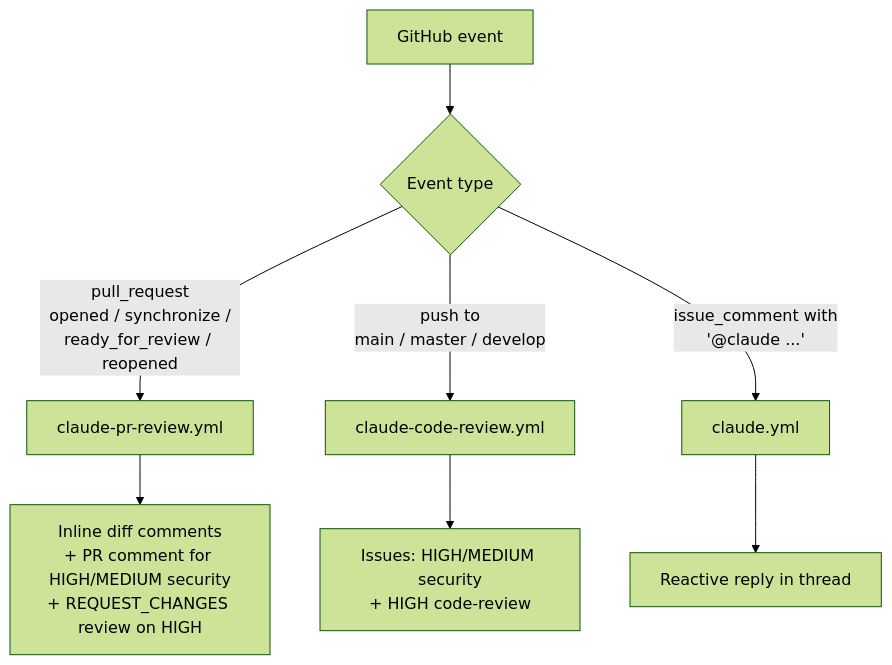
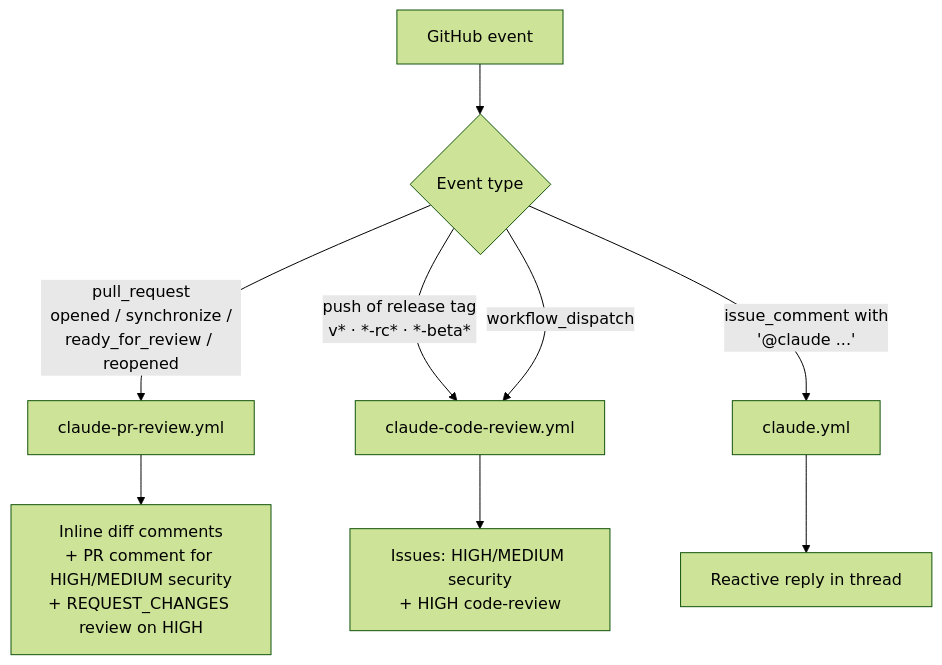
The first of 5 diagrams in .github/README.md (fibaneza/llm-usage-lens), drawn with Mermaid (forest theme) before and after one commit. The commit also changed other lines of this file and 1 other file, not shown here.

First line of the commit message:
docs: update README with GitHub Flow, release-tag audit, branch protection

````diff
--- a/.github/README.md
+++ b/.github/README.md
@@ -50,10 +92,11 @@
 ```mermaid
 flowchart TD
     A[GitHub event] --> B{Event type}
     B -->|pull_request<br/>opened / synchronize /<br/>ready_for_review / reopened| PR[claude-pr-review.yml]
-    B -->|push to<br/>main / master / develop| PM[claude-code-review.yml]
+    B -->|push of release tag<br/>v* · *-rc* · *-beta*| RA[claude-code-review.yml]
+    B -->|workflow_dispatch| RA
     B -->|issue_comment with<br/>'@claude ...'| BOT[claude.yml]
     PR --> PR1[Inline diff comments<br/>+ PR comment for HIGH/MEDIUM security<br/>+ REQUEST_CHANGES review on HIGH]
-    PM --> PM1[Issues: HIGH/MEDIUM security<br/>+ HIGH code-review]
+    RA --> RA1[Issues: HIGH/MEDIUM security<br/>+ HIGH code-review]
     BOT --> BOT1[Reactive reply in thread]
 ```
````
